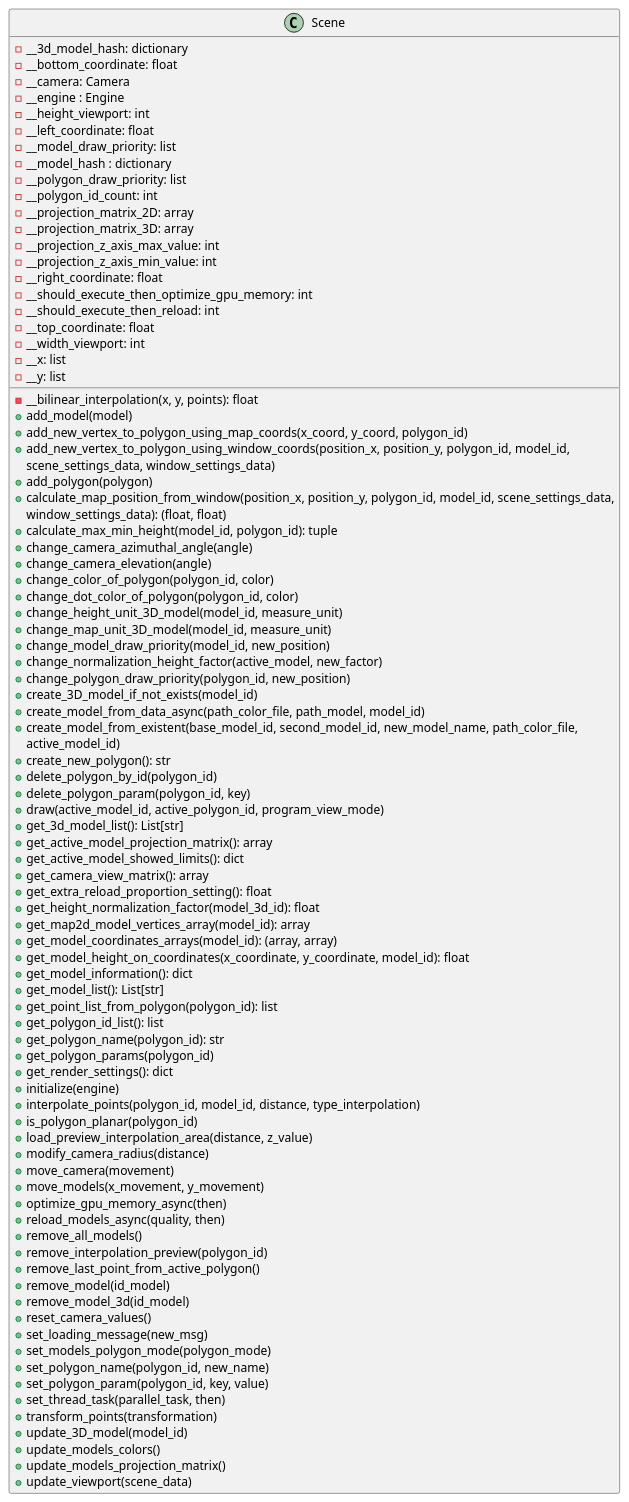
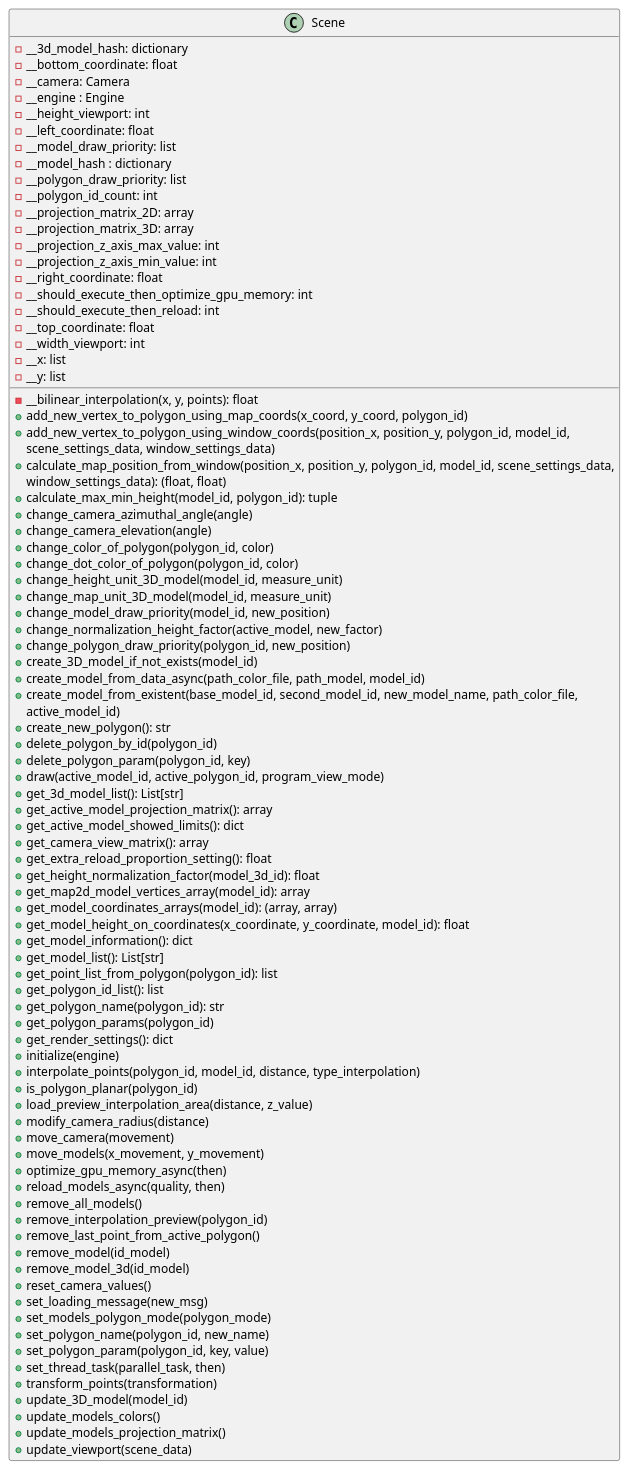
Before and after one commit to ferpoble2/Relief_Creator: the diagram in docs/classes/Scene.puml, drawn with PlantUML. The commit also changed 13 other files, not shown here.

```diff
--- a/docs/classes/Scene.puml
+++ b/docs/classes/Scene.puml
@@ -1,93 +1,91 @@
 @startuml
             class Scene{
                 - __bilinear_interpolation(x, y, points): float
-                + add_model(model)
                 + add_new_vertex_to_polygon_using_map_coords(x_coord, y_coord, polygon_id)
                 + add_new_vertex_to_polygon_using_window_coords(position_x, position_y, polygon_id, model_id,
                                                                 scene_settings_data, window_settings_data)
-                + add_polygon(polygon)
                 + calculate_map_position_from_window(position_x, position_y, polygon_id, model_id, scene_settings_data,
                                                        window_settings_data): (float, float)
                 + calculate_max_min_height(model_id, polygon_id): tuple
                 + change_camera_azimuthal_angle(angle)
                 + change_camera_elevation(angle)
                 + change_color_of_polygon(polygon_id, color)
                 + change_dot_color_of_polygon(polygon_id, color)
                 + change_height_unit_3D_model(model_id, measure_unit)
                 + change_map_unit_3D_model(model_id, measure_unit)
                 + change_model_draw_priority(model_id, new_position)
                 + change_normalization_height_factor(active_model, new_factor)
                 + change_polygon_draw_priority(polygon_id, new_position)
                 + create_3D_model_if_not_exists(model_id)
                 + create_model_from_data_async(path_color_file, path_model, model_id)
                 + create_model_from_existent(base_model_id, second_model_id, new_model_name, path_color_file,
                                               active_model_id)
                 + create_new_polygon(): str
                 + delete_polygon_by_id(polygon_id)
                 + delete_polygon_param(polygon_id, key)
                 + draw(active_model_id, active_polygon_id, program_view_mode)
                 + get_3d_model_list(): List[str]
                 + get_active_model_projection_matrix(): array
                 + get_active_model_showed_limits(): dict
                 + get_camera_view_matrix(): array
                 + get_extra_reload_proportion_setting(): float
                 + get_height_normalization_factor(model_3d_id): float
                 + get_map2d_model_vertices_array(model_id): array
                 + get_model_coordinates_arrays(model_id): (array, array)
                 + get_model_height_on_coordinates(x_coordinate, y_coordinate, model_id): float
                 + get_model_information(): dict
                 + get_model_list(): List[str]
                 + get_point_list_from_polygon(polygon_id): list
                 + get_polygon_id_list(): list
                 + get_polygon_name(polygon_id): str
                 + get_polygon_params(polygon_id)
                 + get_render_settings(): dict
                 + initialize(engine)
                 + interpolate_points(polygon_id, model_id, distance, type_interpolation)
                 + is_polygon_planar(polygon_id)
                 + load_preview_interpolation_area(distance, z_value)
                 + modify_camera_radius(distance)
                 + move_camera(movement)
                 + move_models(x_movement, y_movement)
                 + optimize_gpu_memory_async(then)
                 + reload_models_async(quality, then)
                 + remove_all_models()
                 + remove_interpolation_preview(polygon_id)
                 + remove_last_point_from_active_polygon()
                 + remove_model(id_model)
                 + remove_model_3d(id_model)
                 + reset_camera_values()
                 + set_loading_message(new_msg)
                 + set_models_polygon_mode(polygon_mode)
                 + set_polygon_name(polygon_id, new_name)
                 + set_polygon_param(polygon_id, key, value)
                 + set_thread_task(parallel_task, then)
                 + transform_points(transformation)
                 + update_3D_model(model_id)
                 + update_models_colors()
                 + update_models_projection_matrix()
                 + update_viewport(scene_data)
 
                 - __3d_model_hash: dictionary
                 - __bottom_coordinate: float
                 - __camera: Camera
                 - __engine : Engine
                 - __height_viewport: int
                 - __left_coordinate: float
                 - __model_draw_priority: list
                 - __model_hash : dictionary
                 - __polygon_draw_priority: list
                 - __polygon_id_count: int
                 - __projection_matrix_2D: array
                 - __projection_matrix_3D: array
                 - __projection_z_axis_max_value: int
                 - __projection_z_axis_min_value: int
                 - __right_coordinate: float
                 - __should_execute_then_optimize_gpu_memory: int
                 - __should_execute_then_reload: int
                 - __top_coordinate: float
                 - __width_viewport: int
                 - __x: list
                 - __y: list
             }
 @enduml
```
